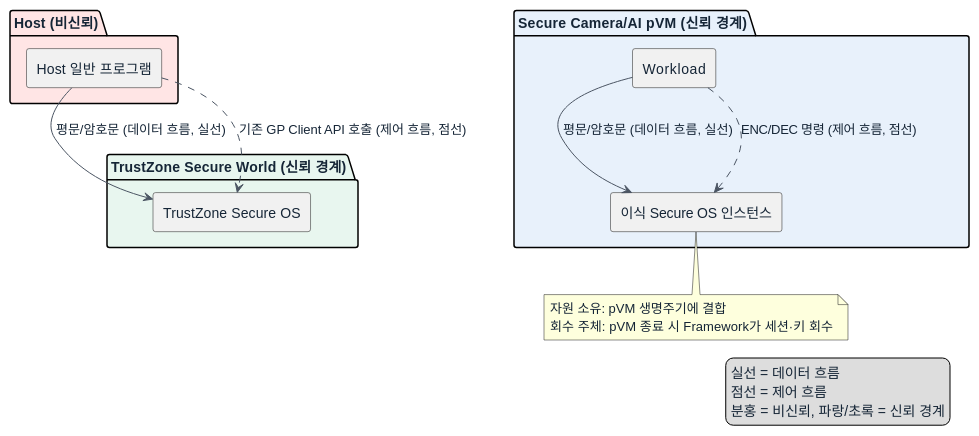
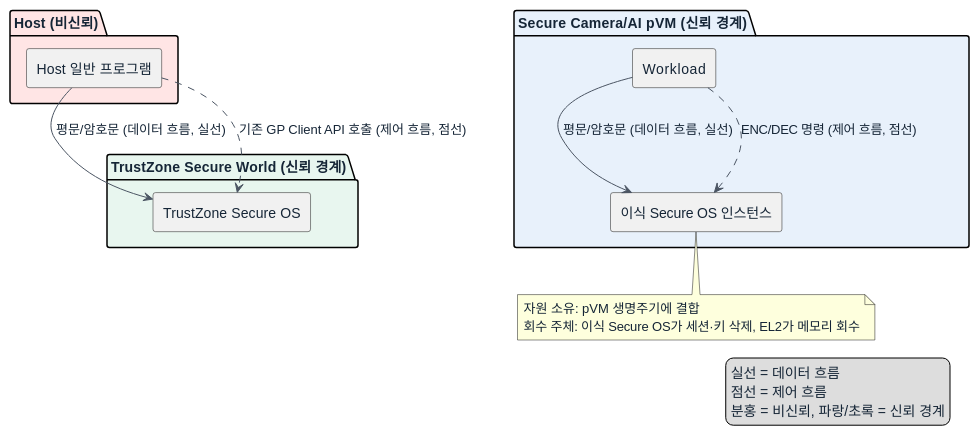
One commit to boram1288/test-p changed the first of 2 diagrams in docs-dp/DP-05-A.md. Above: the diagram before and after it, drawn with PlantUML. The commit also changed other lines of this file and 13 other files, not shown here.

Commit message:
Document all architecture decision points

````diff
--- a/docs-dp/DP-05-A.md
+++ b/docs-dp/DP-05-A.md
@@ -49,38 +49,38 @@
 ```plantuml
 @startuml
 skinparam shadowing false
 skinparam componentStyle rectangle
 skinparam ArrowColor #4B5563
 skinparam defaultFontColor #152536
 
 package "Host (비신뢰)" #FFE5E5 {
   [Host 일반 프로그램] as HostApp
 }
 
 package "Secure Camera/AI pVM (신뢰 경계)" #E8F1FB {
   [Workload] as WL
   [이식 Secure OS 인스턴스] as LocalTA
 }
 
 package "TrustZone Secure World (신뢰 경계)" #E8F6EF {
   [TrustZone Secure OS] as TZ
 }
 
 WL -down-> LocalTA : 평문/암호문 (데이터 흐름, 실선)
 WL ..> LocalTA : ENC/DEC 명령 (제어 흐름, 점선)
 
 HostApp -right-> TZ : 평문/암호문 (데이터 흐름, 실선)
 HostApp ..> TZ : 기존 GP Client API 호출 (제어 흐름, 점선)
 
 note bottom of LocalTA
   자원 소유: pVM 생명주기에 결합
-  회수 주체: pVM 종료 시 Framework가 세션·키 회수
+  회수 주체: 이식 Secure OS가 세션·키 삭제, EL2가 메모리 회수
 end note
 
 legend right
   실선 = 데이터 흐름
   점선 = 제어 흐름
   분홍 = 비신뢰, 파랑/초록 = 신뢰 경계
 endlegend
 @enduml
 ```
````
